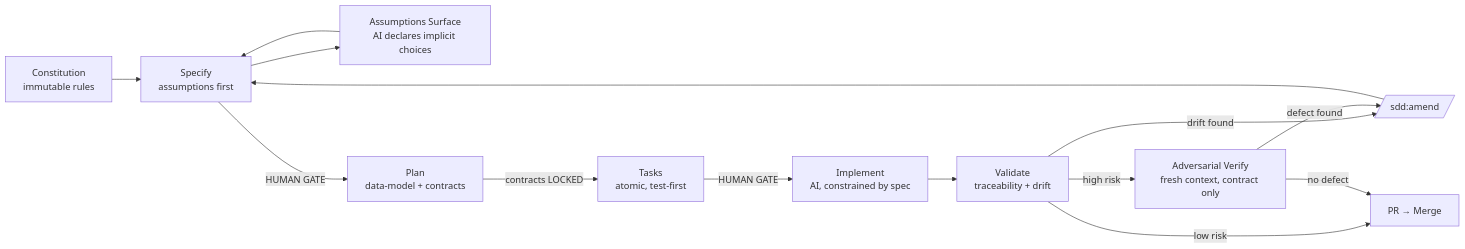
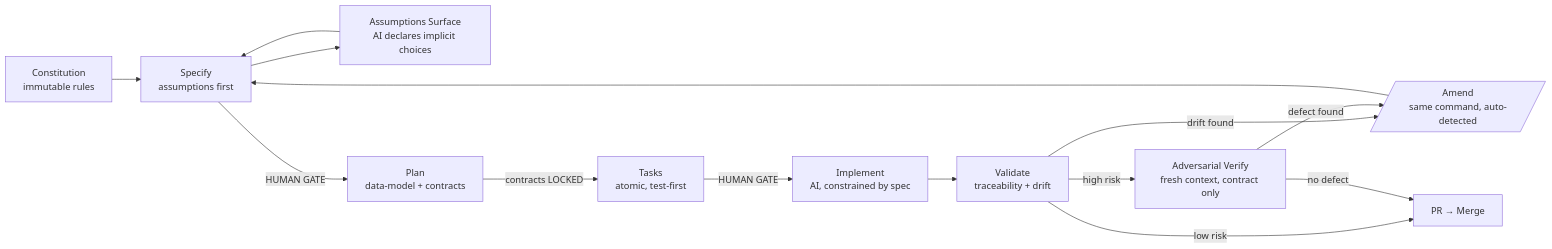
One commit to DeibyGS/DeibyGS changed the first of 2 diagrams in README.md. Above: the diagram before and after it, drawn with Mermaid. The commit also changed other lines of this file, not shown here.

First line of the commit message:
docs: reflect cross-tool SDD sync in How I Work

````diff
--- a/README.md
+++ b/README.md
@@ -68,16 +68,16 @@
 ```mermaid
 flowchart LR
     C[Constitution<br/>immutable rules] --> S[Specify<br/>assumptions first]
     S --> A[Assumptions Surface<br/>AI declares implicit choices]
     A --> S
     S -->|HUMAN GATE| P[Plan<br/>data-model + contracts]
     P -->|contracts LOCKED| T[Tasks<br/>atomic, test-first]
     T -->|HUMAN GATE| I[Implement<br/>AI, constrained by spec]
     I --> V[Validate<br/>traceability + drift]
-    V -->|drift found| AM[/sdd:amend/]
+    V -->|drift found| AM[/Amend<br/>same command, auto-detected/]
     AM --> S
     V -->|low risk| M[PR → Merge]
     V -->|high risk| X[Adversarial Verify<br/>fresh context, contract only]
     X -->|defect found| AM
     X -->|no defect| M
 ```
````
